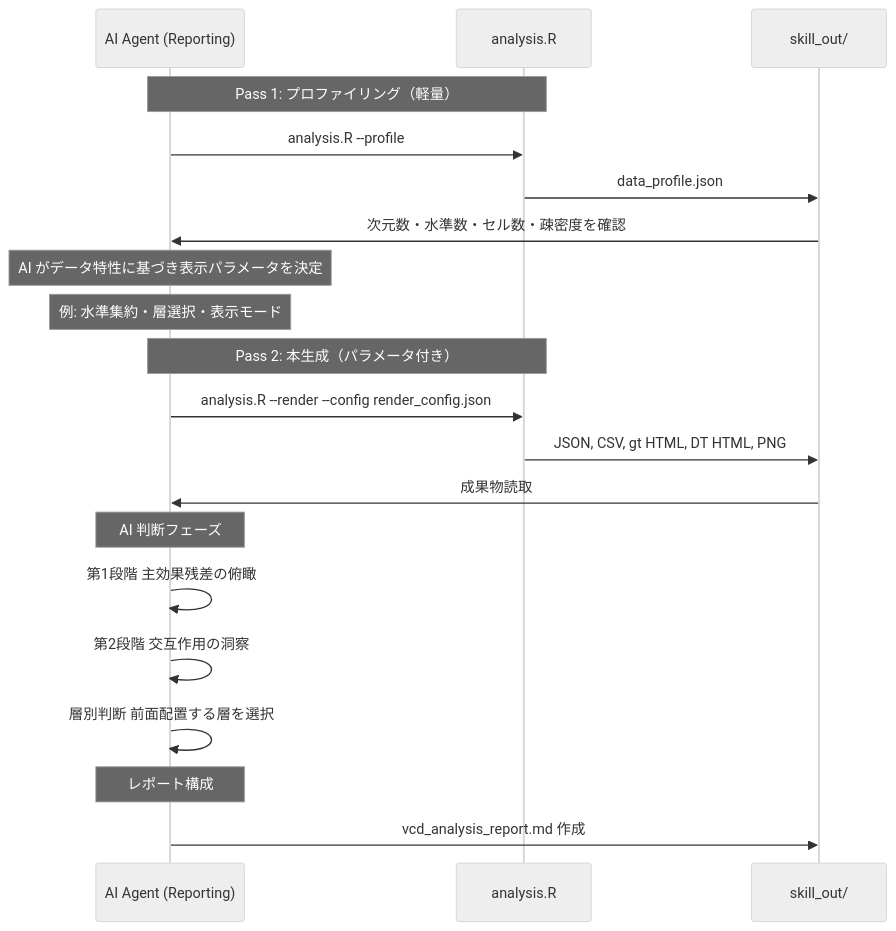
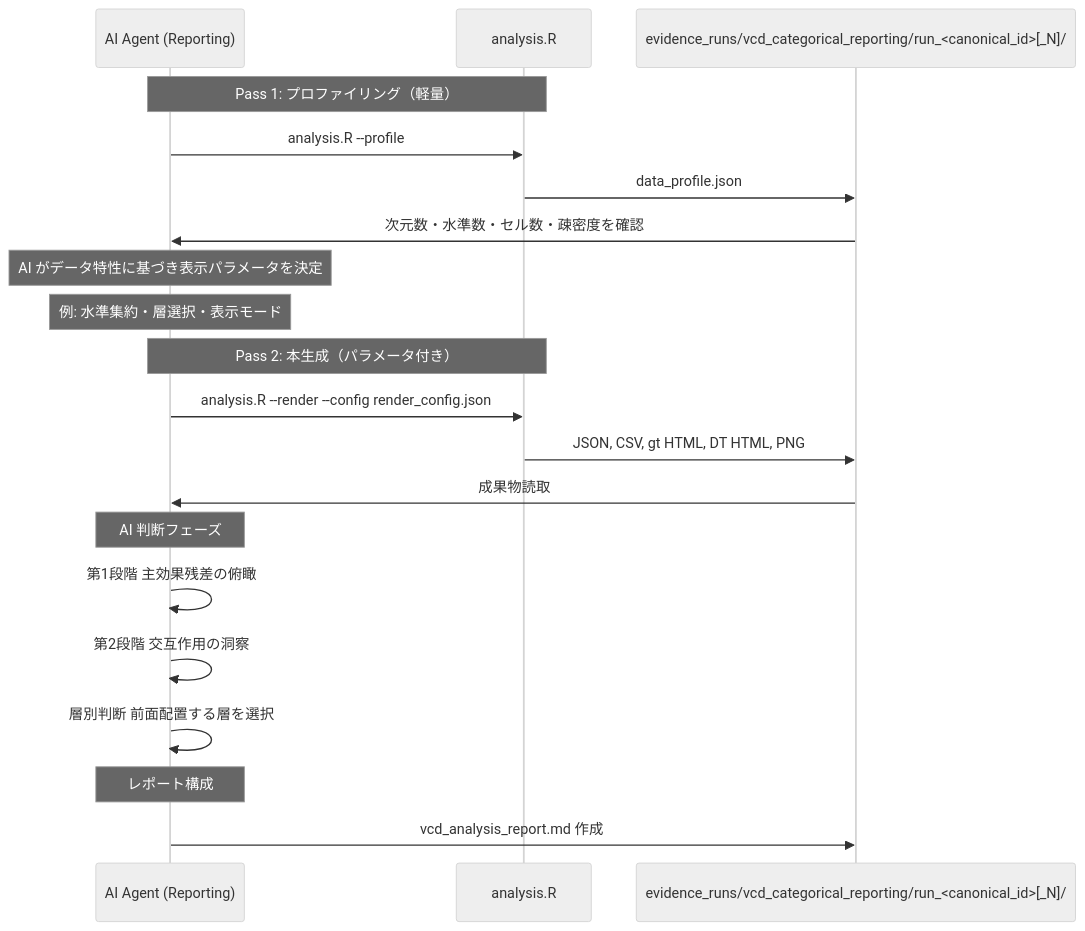
Before and after one commit to syrius2000/agentic-evidence-analysis: the diagram in .agents/skills/vcd-categorical-reporting/references/workflow.md, drawn with Mermaid (neutral theme). The commit also changed 92 other files, not shown here.

Commit message:
feat: standardize evidence run output contract

````diff
--- a/.agents/skills/vcd-categorical-reporting/references/workflow.md
+++ b/.agents/skills/vcd-categorical-reporting/references/workflow.md
@@ -5,27 +5,27 @@
 ```mermaid
 sequenceDiagram
     participant AI as AI Agent (Reporting)
     participant R as analysis.R
-    participant Out as skill_out/
+    participant Out as evidence_runs/vcd_categorical_reporting/run_<canonical_id>[_N]/
 
     Note over AI,R: Pass 1: プロファイリング（軽量）
     AI->>R: analysis.R --profile
     R->>Out: data_profile.json
     Out->>AI: 次元数・水準数・セル数・疎密度を確認
 
     Note over AI: AI がデータ特性に基づき表示パラメータを決定
     Note over AI: 例: 水準集約・層選択・表示モード
 
     Note over AI,R: Pass 2: 本生成（パラメータ付き）
     AI->>R: analysis.R --render --config render_config.json
     R->>Out: JSON, CSV, gt HTML, DT HTML, PNG
     Out->>AI: 成果物読取
 
     Note over AI: AI 判断フェーズ
     AI->>AI: 第1段階 主効果残差の俯瞰
     AI->>AI: 第2段階 交互作用の洞察
     AI->>AI: 層別判断 前面配置する層を選択
 
     Note over AI: レポート構成
     AI->>Out: vcd_analysis_report.md 作成
 ```
````
